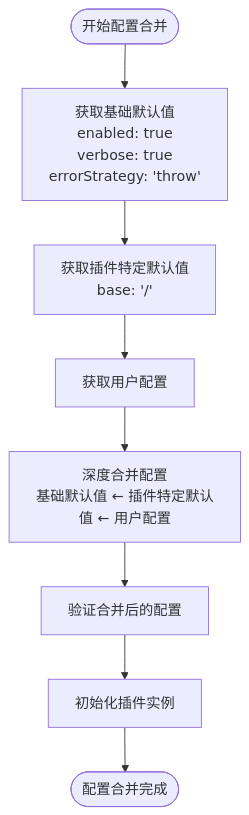
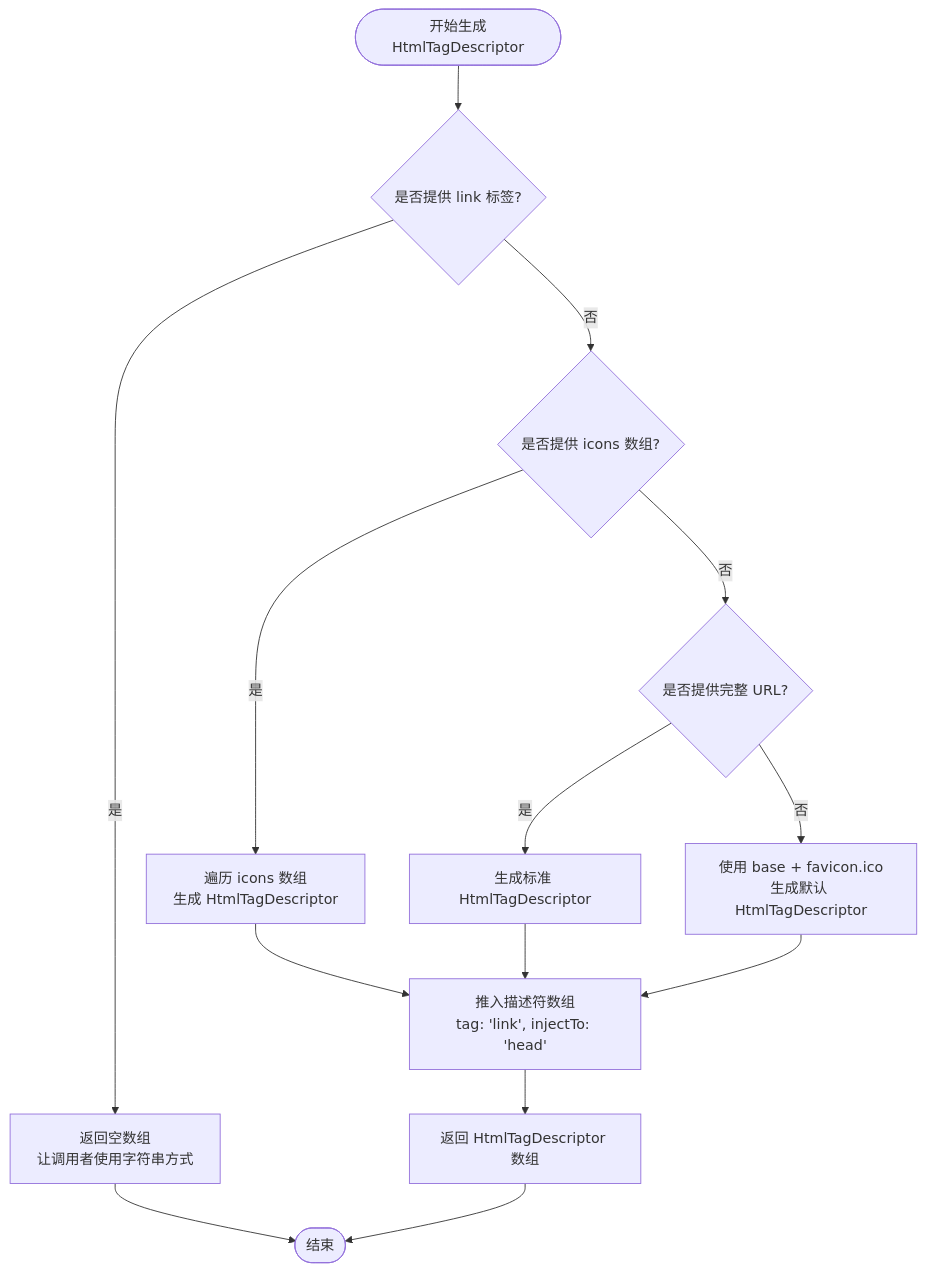
The fifth of 10 diagrams in .qoder/repowiki/zh/content/核心插件/图标注入插件 (injectIco).md (MengXi-Studio/vite-plugin), drawn with Mermaid before and after one commit. The commit also changed other lines of this file and 8 other files, not shown here.

````diff
--- a/.qoder/repowiki/zh/content/核心插件/图标注入插件 (injectIco).md
+++ b/.qoder/repowiki/zh/content/核心插件/图标注入插件 (injectIco).md
@@ -222,10 +241,16 @@
 ```mermaid
 flowchart TD
-Start([开始配置合并]) --> GetBaseDefaults["获取基础默认值<br/>enabled: true<br/>verbose: true<br/>errorStrategy: 'throw'"]
-GetBaseDefaults --> GetPluginDefaults["获取插件特定默认值<br/>base: '/'"]
-GetPluginDefaults --> GetUserOptions["获取用户配置"]
-GetUserOptions --> MergeConfig["深度合并配置<br/>基础默认值 ← 插件特定默认值 ← 用户配置"]
-MergeConfig --> ValidateOptions["验证合并后的配置"]
-ValidateOptions --> InitPlugin["初始化插件实例"]
-InitPlugin --> End([配置合并完成])
+Start([开始生成HtmlTagDescriptor]) --> CheckLink{"是否提供 link 标签?"}
+CheckLink --> |是| ReturnEmpty["返回空数组<br/>让调用者使用字符串方式"]
+CheckLink --> |否| CheckIcons{"是否提供 icons 数组?"}
+CheckIcons --> |是| MapIcons["遍历 icons 数组<br/>生成 HtmlTagDescriptor"]
+CheckIcons --> |否| CheckURL{"是否提供完整 URL?"}
+CheckURL --> |是| UseURL["生成标准 HtmlTagDescriptor"]
+CheckURL --> |否| UseBase["使用 base + favicon.ico<br/>生成默认 HtmlTagDescriptor"]
+MapIcons --> PushDescriptor["推入描述符数组<br/>tag: 'link', injectTo: 'head'"]
+UseURL --> PushDescriptor
+UseBase --> PushDescriptor
+PushDescriptor --> ReturnDescriptors["返回 HtmlTagDescriptor 数组"]
+ReturnEmpty --> End([结束])
+ReturnDescriptors --> End
 ```
````
